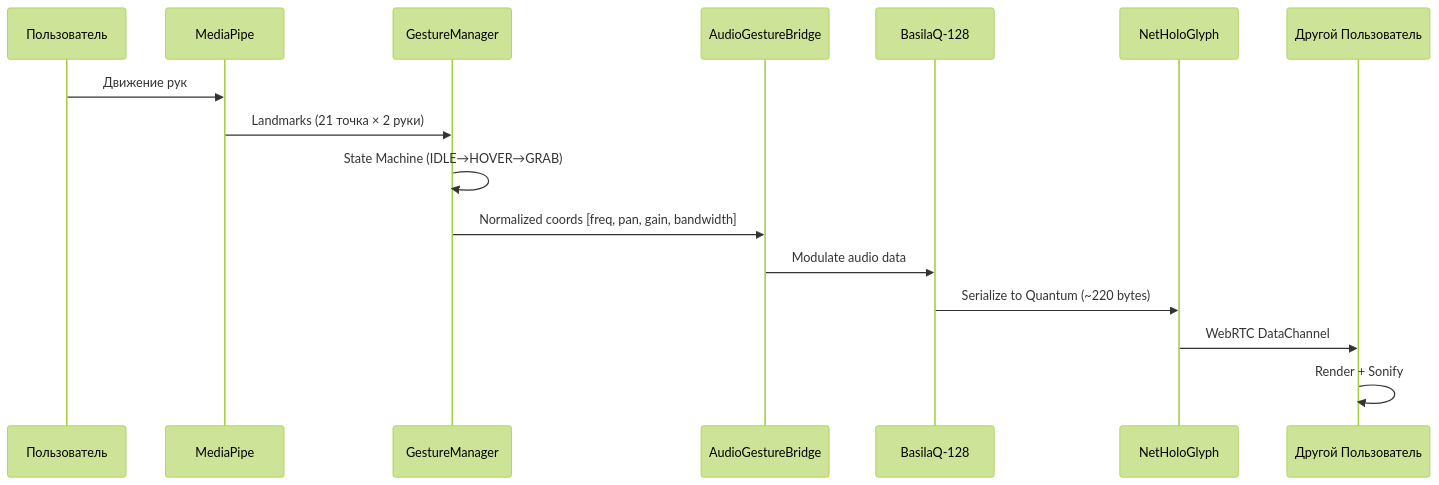
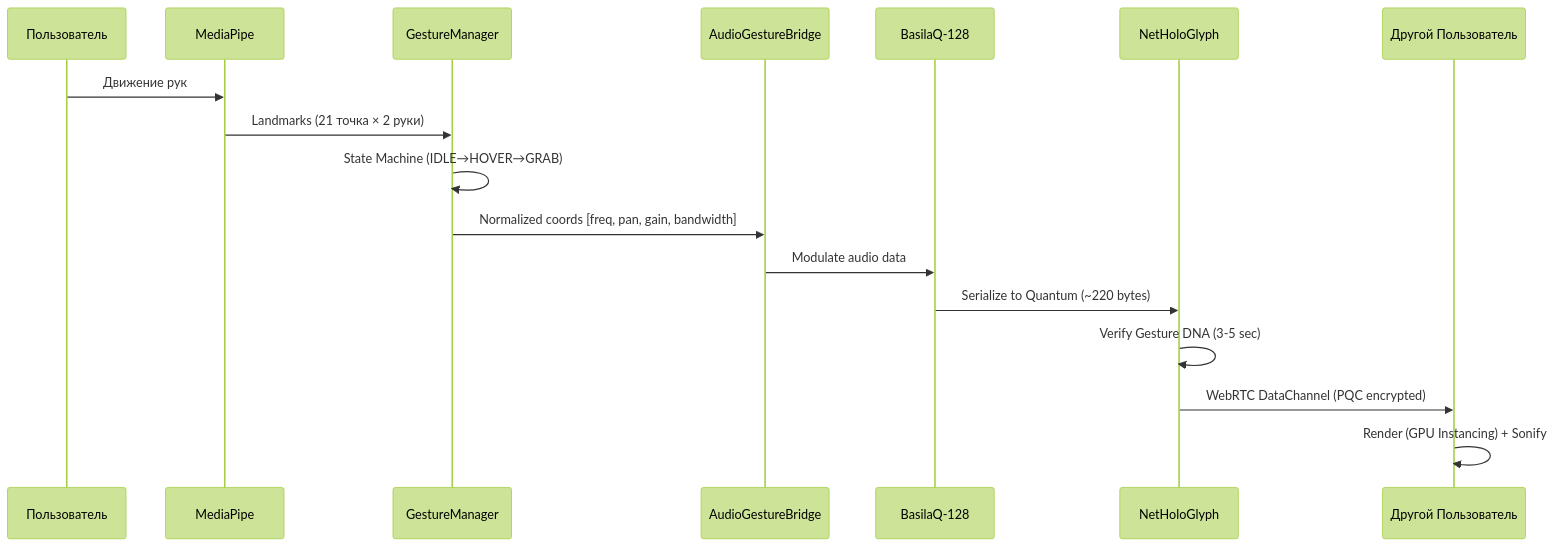
One commit to NeuroCoderZ/holograms.media changed the diagram in docs/RU/Concepts/Cochlear_Cylinder_Manifesto.md. Above: the diagram before and after it, drawn with Mermaid (forest theme). The commit also changed other lines of this file and 20 other files, not shown here.

````diff
--- a/docs/RU/Concepts/Cochlear_Cylinder_Manifesto.md
+++ b/docs/RU/Concepts/Cochlear_Cylinder_Manifesto.md
@@ -150,19 +151,20 @@
 ```mermaid
 sequenceDiagram
     participant User as Пользователь
     participant MP as MediaPipe
     participant GM as GestureManager
     participant SB as AudioGestureBridge
     participant CQT as BasilaQ-128
     participant Net as NetHoloGlyph
     participant Peer as Другой Пользователь
     
     User->>MP: Движение рук
     MP->>GM: Landmarks (21 точка × 2 руки)
     GM->>GM: State Machine (IDLE→HOVER→GRAB)
     GM->>SB: Normalized coords [freq, pan, gain, bandwidth]
     SB->>CQT: Modulate audio data
     CQT->>Net: Serialize to Quantum (~220 bytes)
-    Net->>Peer: WebRTC DataChannel
-    Peer->>Peer: Render + Sonify
+    Net->>Net: Verify Gesture DNA (3-5 sec)
+    Net->>Peer: WebRTC DataChannel (PQC encrypted)
+    Peer->>Peer: Render (GPU Instancing) + Sonify
 ```
````
